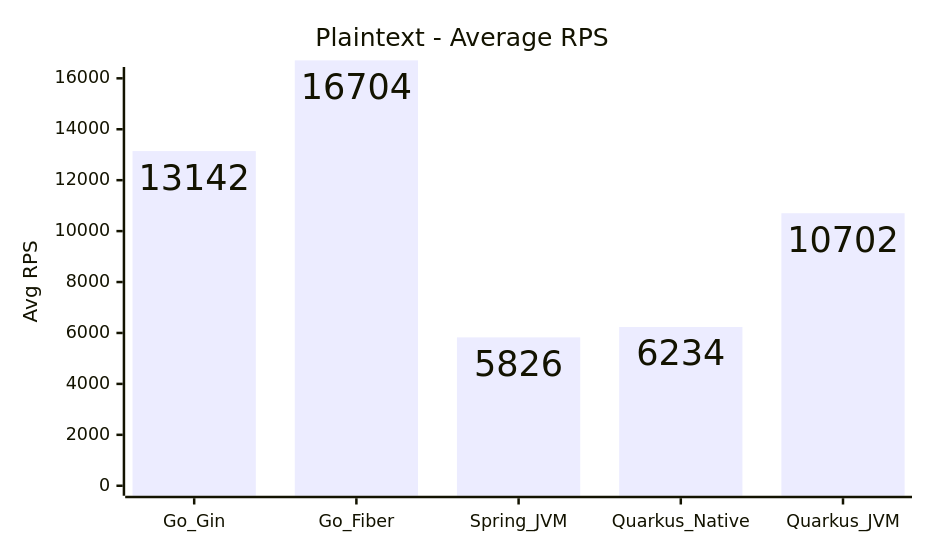
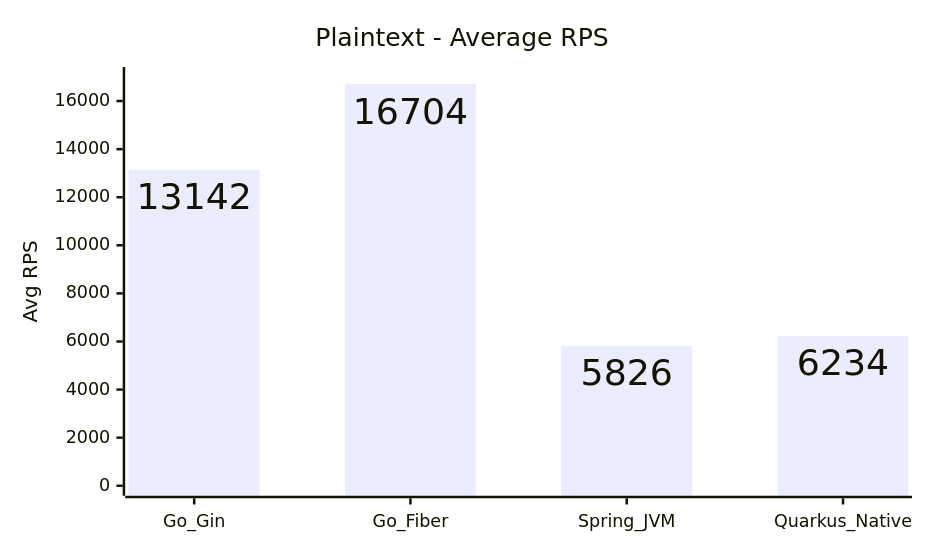
Before and after one commit to hiiamtin/go-vs-java: diagram 13 of 15 in COMPARISON_REPORT.md, drawn with Mermaid. The commit also changed other lines of this file and 90 other files, not shown here.

Commit message:
Remove Quarkus JVM variant and refresh benchmark results

````diff
--- a/COMPARISON_REPORT.md
+++ b/COMPARISON_REPORT.md
@@ -234,14 +238,14 @@
 ```mermaid
 ---
 config:
   xyChart:
     width: 720
     height: 420
     showDataLabel: true
 ---
 xychart
     title "Plaintext - Average RPS"
-    x-axis [Go_Gin, Go_Fiber, Spring_JVM, Quarkus_Native, Quarkus_JVM]
-    y-axis "Avg RPS" 0 --> 16052
-    bar [13142, 16704, 5826, 6234, 10702]
+    x-axis [Go_Gin, Go_Fiber, Spring_JVM, Quarkus_Native]
+    y-axis "Avg RPS" 0 --> 17000
+    bar [13142, 16704, 5826, 6234]
 ```
````
